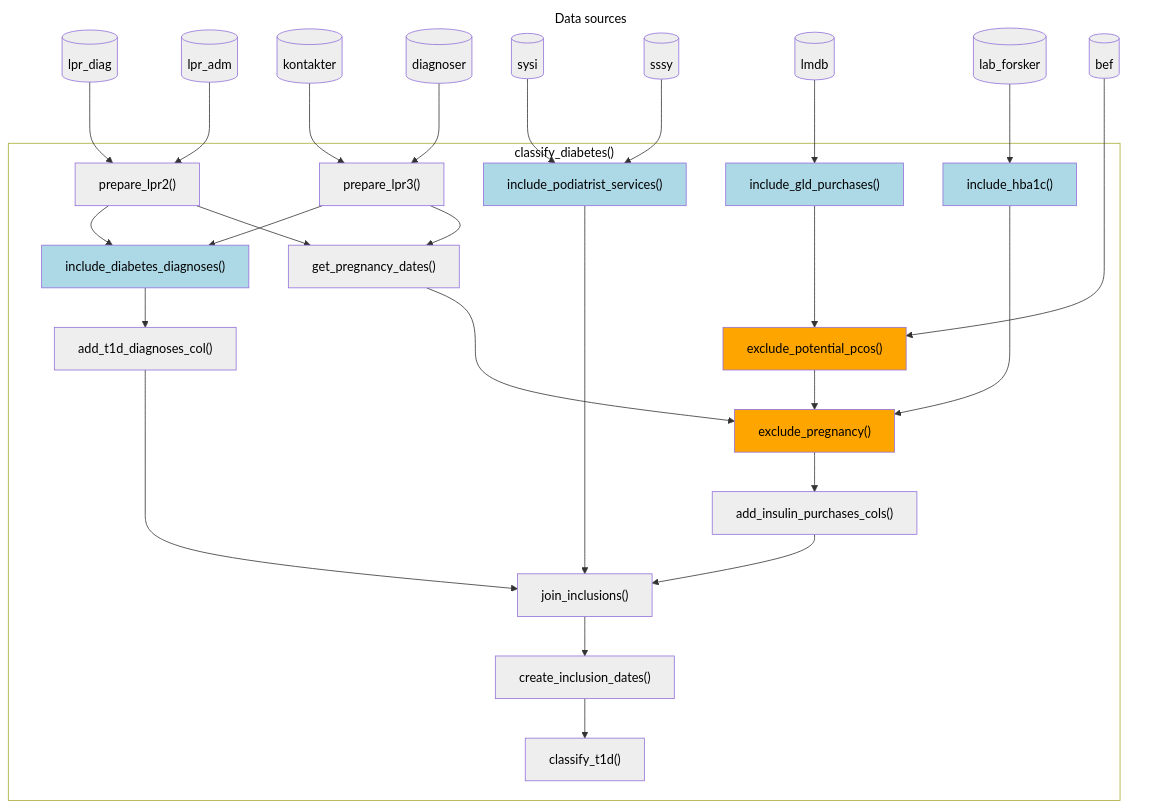
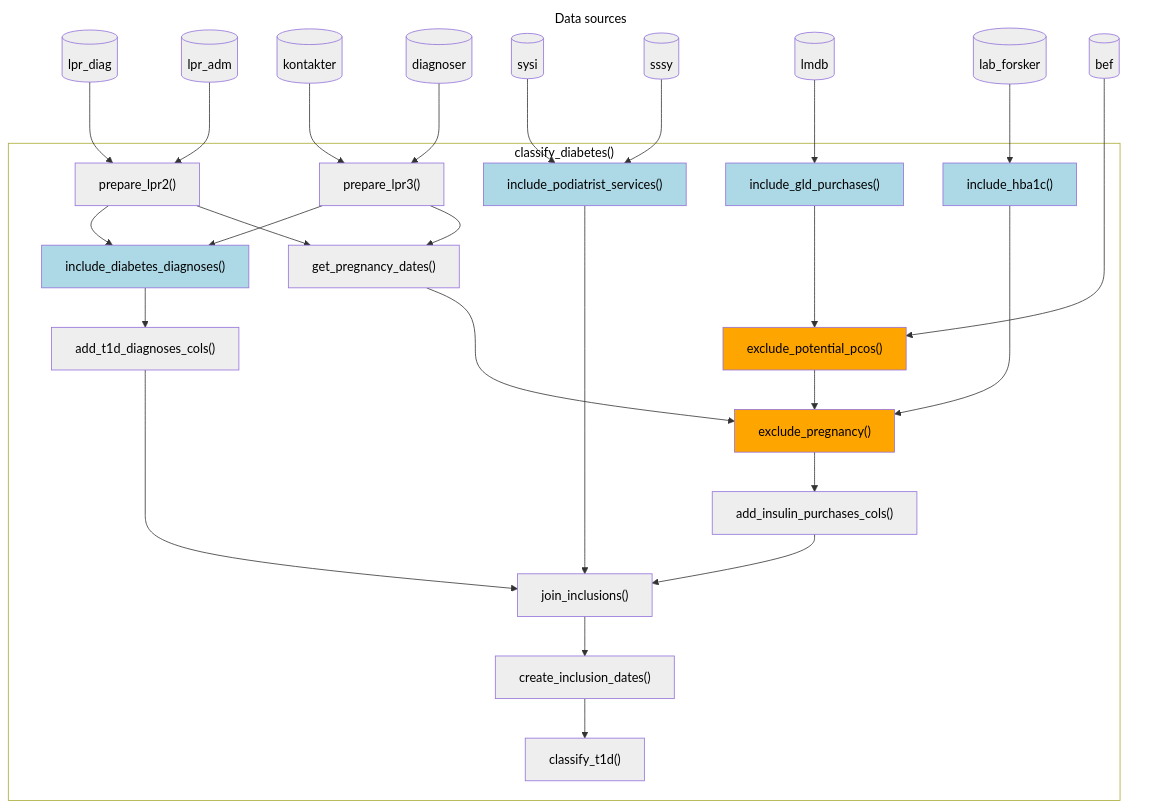
Before and after one commit to steno-aarhus/osdc: the diagram in vignettes/function-flow.qmd, drawn with Mermaid. The commit also changed 4 other files, not shown here.

Commit message:
refactor: :pencil2: use `_cols()`, not `_col()`

````diff
--- a/vignettes/function-flow.qmd
+++ b/vignettes/function-flow.qmd
@@ -23,68 +23,68 @@
 ```{mermaid}
 %%| eval: true
 %%| fig-cap: "Flow of functions in, as well as their required input registers, in the `classify_diabetes()` function used for classifying diabetes status using the osdc package. Light blue and orange boxes represent filtering functions (inclusion and exclusion events, respectively)."
 
 flowchart TD
   subgraph data_sources["Data sources"]
     lpr_diag[("lpr_diag")]
     lpr_adm[("lpr_adm")]
     kontakter[("kontakter")]
     diagnoser[("diagnoser")]
     sysi[("sysi")]
     sssy[("sssy")]
     lmdb[("lmdb")]
     lab_forsker[("lab_forsker")]
     bef[("bef")]
   end
 
   subgraph classify_diabetes["classify_diabetes()"]
 
     lpr_diag --> prepare_lpr2["prepare_lpr2()"]
     lpr_adm --> prepare_lpr2
 
     kontakter --> prepare_lpr3["prepare_lpr3()"]
     diagnoser --> prepare_lpr3
 
     prepare_lpr2 --> get_pregnancy_dates["get_pregnancy_dates()"]
     prepare_lpr3 --> get_pregnancy_dates
 
     %% Inclusion steps
     sysi --> include_podiatrist_services["include_podiatrist_services()"]:::include
     sssy --> include_podiatrist_services
 
     prepare_lpr2 --> include_diabetes_diagnoses["include_diabetes_diagnoses()"]:::include
     prepare_lpr3 --> include_diabetes_diagnoses
-    include_diabetes_diagnoses --> add_t1d_diagnoses_col["add_t1d_diagnoses_col()"]
+    include_diabetes_diagnoses --> add_t1d_diagnoses_cols["add_t1d_diagnoses_cols()"]
 
     lmdb --> include_gld_purchases["include_gld_purchases()"]:::include
 
     lab_forsker --> include_hba1c["include_hba1c()"]:::include
 
     %% Exclusion steps
     include_gld_purchases --> exclude_potential_pcos["exclude_potential_pcos()"]:::exclude
     bef --> exclude_potential_pcos
 
     exclude_potential_pcos --> exclude_pregnancy["exclude_pregnancy()"]:::exclude
     get_pregnancy_dates --> exclude_pregnancy
     include_hba1c --> exclude_pregnancy
     exclude_pregnancy --> add_insulin_purchases_cols["add_insulin_purchases_cols()"]
 
     %% Joining
-    add_t1d_diagnoses_col --> join_inclusions["join_inclusions()"]
+    add_t1d_diagnoses_cols --> join_inclusions["join_inclusions()"]
     include_podiatrist_services --> join_inclusions
     add_insulin_purchases_cols --> join_inclusions
 
     join_inclusions --> create_inclusion_dates["create_inclusion_dates()"]
     create_inclusion_dates --> classify_t1d["classify_t1d()"]
 
     get_pregnancy_dates ~~~ exclude_potential_pcos
 
   end
 
   %% Styling
   classDef default fill:#EEEEEE,color:#000000
   classDef include fill:lightblue
   classDef exclude fill:orange
   style classify_diabetes fill:#FFFFFF,color:#000000
   style data_sources fill:#FFFFFF,color:#000000,stroke-width:0px
 ```
````
